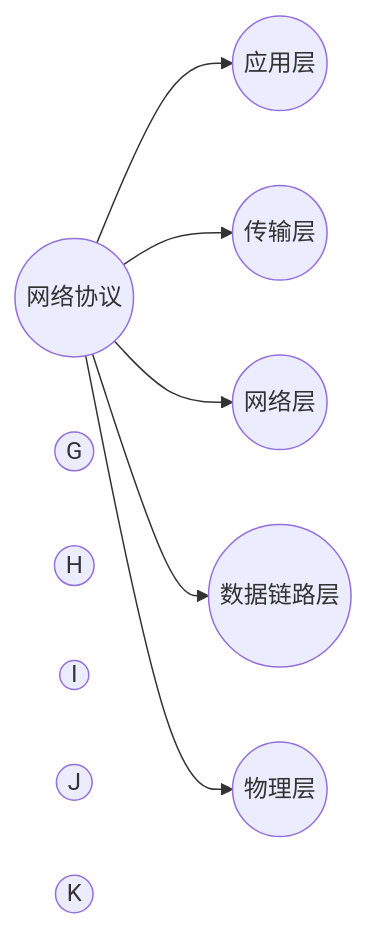
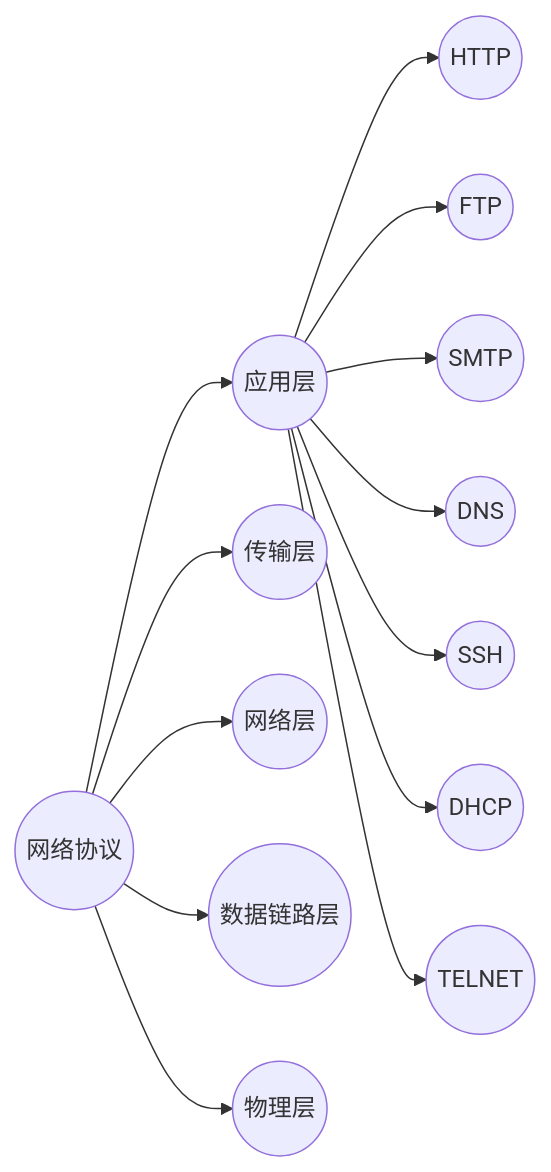
Before and after one commit to cyyuz/Note: the diagram in 计算机网络.md, drawn with Mermaid.

````diff
--- a/计算机网络.md
+++ b/计算机网络.md
@@ -55,21 +55,31 @@
 ```mermaid
 graph LR
 
 A((网络协议))
 A1((应用层))
-C((传输层))
-D((网络层))
-E((数据链路层))
-F((物理层))
-A11((G))
-H((H))
-I((I))
-J((J)) 
-K((K))
+A2((传输层))
+A3((网络层))
+A4((数据链路层))
+A5((物理层))
+A11((HTTP))
+A12((FTP))
+A13((SMTP))
+A14((DNS))
+A15((SSH))
+A16((DHCP))
+A17((TELNET))
 A-->A1
-A-->C
-A-->D
-A-->E
-A-->F
+A-->A2
+A-->A3
+A-->A4
+A-->A5
+
+A1-->A11
+A1-->A12
+A1-->A13
+A1-->A14
+A1-->A15
+A1-->A16
+A1-->A17
 
 ```
````
